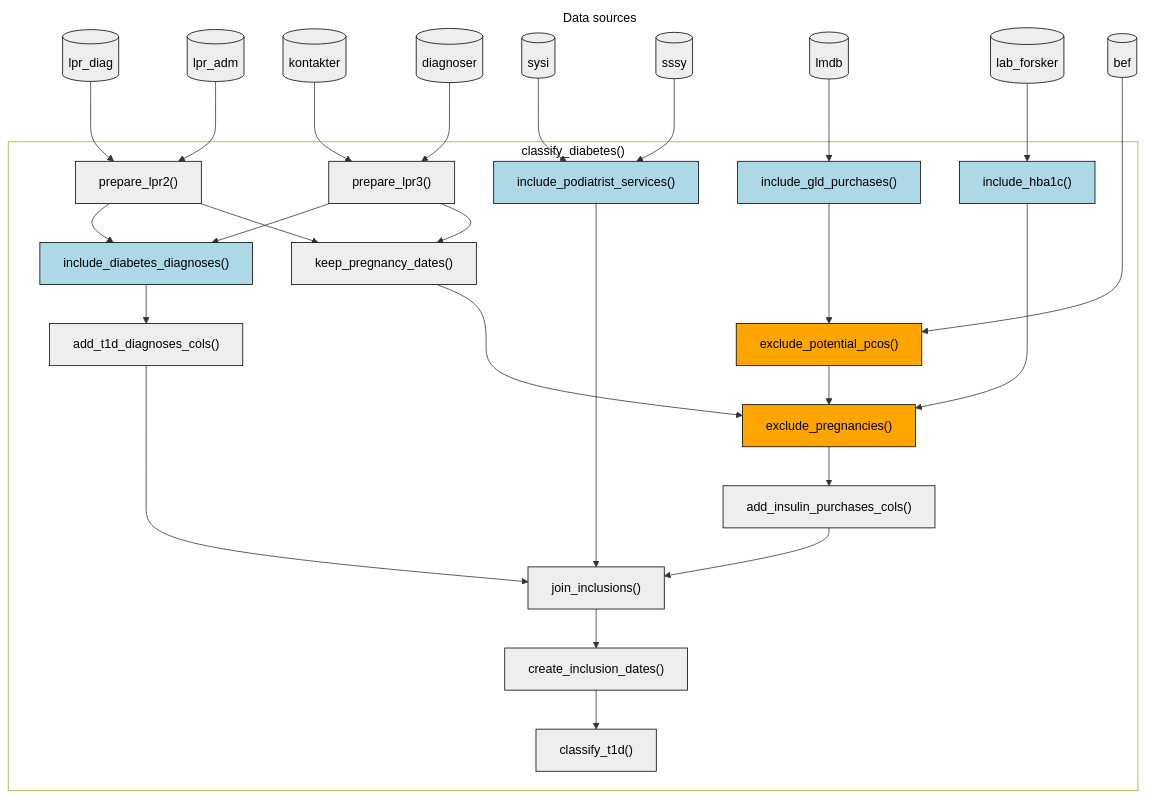
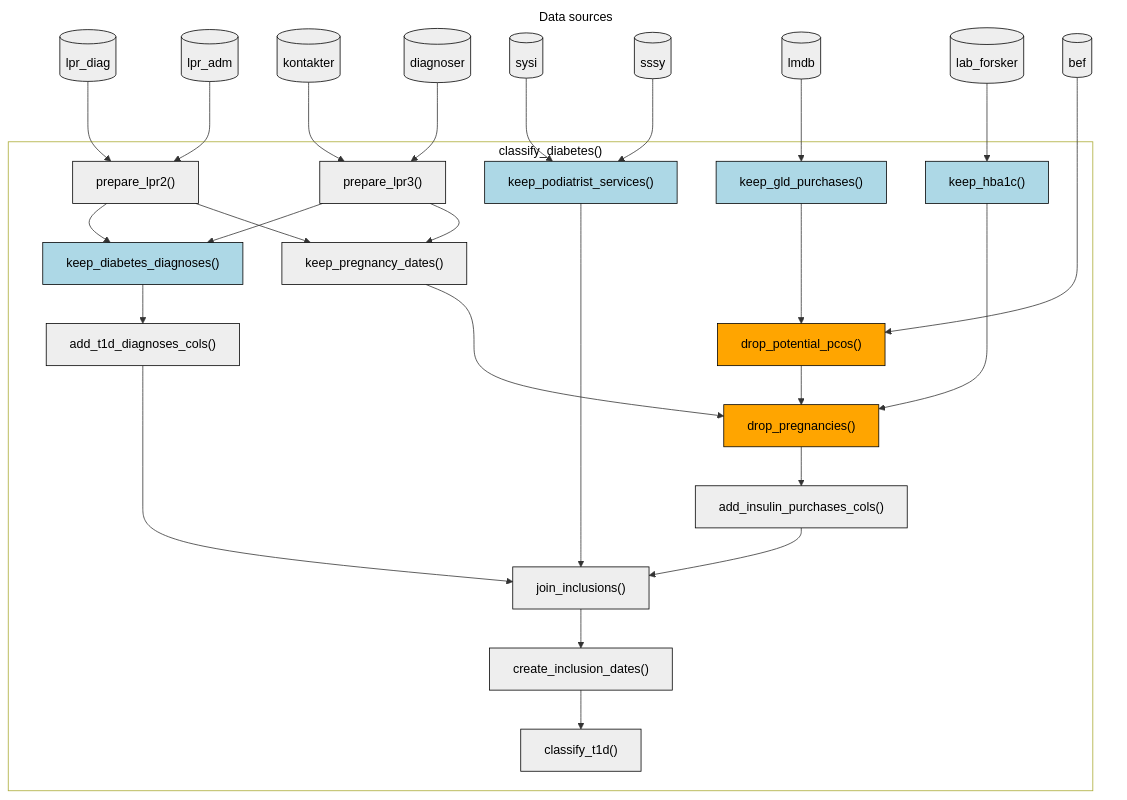
Before and after one commit to steno-aarhus/osdc: the diagram in vignettes/function-flow.qmd, drawn with Mermaid. The commit also changed other lines of this file and 35 other files, not shown here.

First line of the commit message:
refactor: :truck: rename `inclusion_` and `exclusion_` to `keep_` and `drop_` (#356)

````diff
--- a/vignettes/function-flow.qmd
+++ b/vignettes/function-flow.qmd
@@ -23,68 +23,68 @@
 ```{mermaid}
 %%| eval: true
-%%| fig-cap: "Flow of functions in, as well as their required input registers, in the `classify_diabetes()` function used for classifying diabetes status using the osdc package. Light blue and orange boxes represent filtering functions (inclusion and exclusion events, respectively)."
+%%| fig-cap: "Flow of functions in, as well as their required input registers, in the `classify_diabetes()` function used for classifying diabetes status using the osdc package. Light blue and orange boxes represent filtering functions (`keep_*` and `drop_*`, respectively)."
 
 flowchart TD
   subgraph data_sources["Data sources"]
     lpr_diag[("lpr_diag")]
     lpr_adm[("lpr_adm")]
     kontakter[("kontakter")]
     diagnoser[("diagnoser")]
     sysi[("sysi")]
     sssy[("sssy")]
     lmdb[("lmdb")]
     lab_forsker[("lab_forsker")]
     bef[("bef")]
   end
 
   subgraph classify_diabetes["classify_diabetes()"]
 
     lpr_diag --> prepare_lpr2["prepare_lpr2()"]
     lpr_adm --> prepare_lpr2
 
     kontakter --> prepare_lpr3["prepare_lpr3()"]
     diagnoser --> prepare_lpr3
 
     prepare_lpr2 --> keep_pregnancy_dates["keep_pregnancy_dates()"]
     prepare_lpr3 --> keep_pregnancy_dates
 
-    %% Inclusion steps
-    sysi --> include_podiatrist_services["include_podiatrist_services()"]:::include
-    sssy --> include_podiatrist_services
+    %% Keep
+    sysi --> keep_podiatrist_services["keep_podiatrist_services()"]:::keep
+    sssy --> keep_podiatrist_services
 
-    prepare_lpr2 --> include_diabetes_diagnoses["include_diabetes_diagnoses()"]:::include
-    prepare_lpr3 --> include_diabetes_diagnoses
-    include_diabetes_diagnoses --> add_t1d_diagnoses_cols["add_t1d_diagnoses_cols()"]
+    prepare_lpr2 --> keep_diabetes_diagnoses["keep_diabetes_diagnoses()"]:::keep
+    prepare_lpr3 --> keep_diabetes_diagnoses
+    keep_diabetes_diagnoses --> add_t1d_diagnoses_cols["add_t1d_diagnoses_cols()"]
 
-    lmdb --> include_gld_purchases["include_gld_purchases()"]:::include
+    lmdb --> keep_gld_purchases["keep_gld_purchases()"]:::keep
 
-    lab_forsker --> include_hba1c["include_hba1c()"]:::include
+    lab_forsker --> keep_hba1c["keep_hba1c()"]:::keep
 
-    %% Exclusion steps
-    include_gld_purchases --> exclude_potential_pcos["exclude_potential_pcos()"]:::exclude
-    bef --> exclude_potential_pcos
+    %% Drop
+    keep_gld_purchases --> drop_potential_pcos["drop_potential_pcos()"]:::drop
+    bef --> drop_potential_pcos
 
-    exclude_potential_pcos --> exclude_pregnancies["exclude_pregnancies()"]:::exclude
-    keep_pregnancy_dates --> exclude_pregnancies
-    include_hba1c --> exclude_pregnancies
-    exclude_pregnancies --> add_insulin_purchases_cols["add_insulin_purchases_cols()"]
+    drop_potential_pcos --> drop_pregnancies["drop_pregnancies()"]:::drop
+    keep_pregnancy_dates --> drop_pregnancies
+    keep_hba1c --> drop_pregnancies
+    drop_pregnancies --> add_insulin_purchases_cols["add_insulin_purchases_cols()"]
 
-    %% Joining
+    %% Join and classify
     add_t1d_diagnoses_cols --> join_inclusions["join_inclusions()"]
-    include_podiatrist_services --> join_inclusions
+    keep_podiatrist_services --> join_inclusions
     add_insulin_purchases_cols --> join_inclusions
 
     join_inclusions --> create_inclusion_dates["create_inclusion_dates()"]
     create_inclusion_dates --> classify_t1d["classify_t1d()"]
 
-    keep_pregnancy_dates ~~~ exclude_potential_pcos
+    keep_pregnancy_dates ~~~ drop_potential_pcos
 
   end
 
   %% Styling
   classDef default fill:#EEEEEE, color:#000000, stroke:#000000
-  classDef include fill:lightblue
-  classDef exclude fill:orange
+  classDef keep fill:lightblue
+  classDef drop fill:orange
   style classify_diabetes fill:#FFFFFF, color:#000000
   style data_sources fill:#FFFFFF, color:#000000, stroke-width:0px
 ```
````
